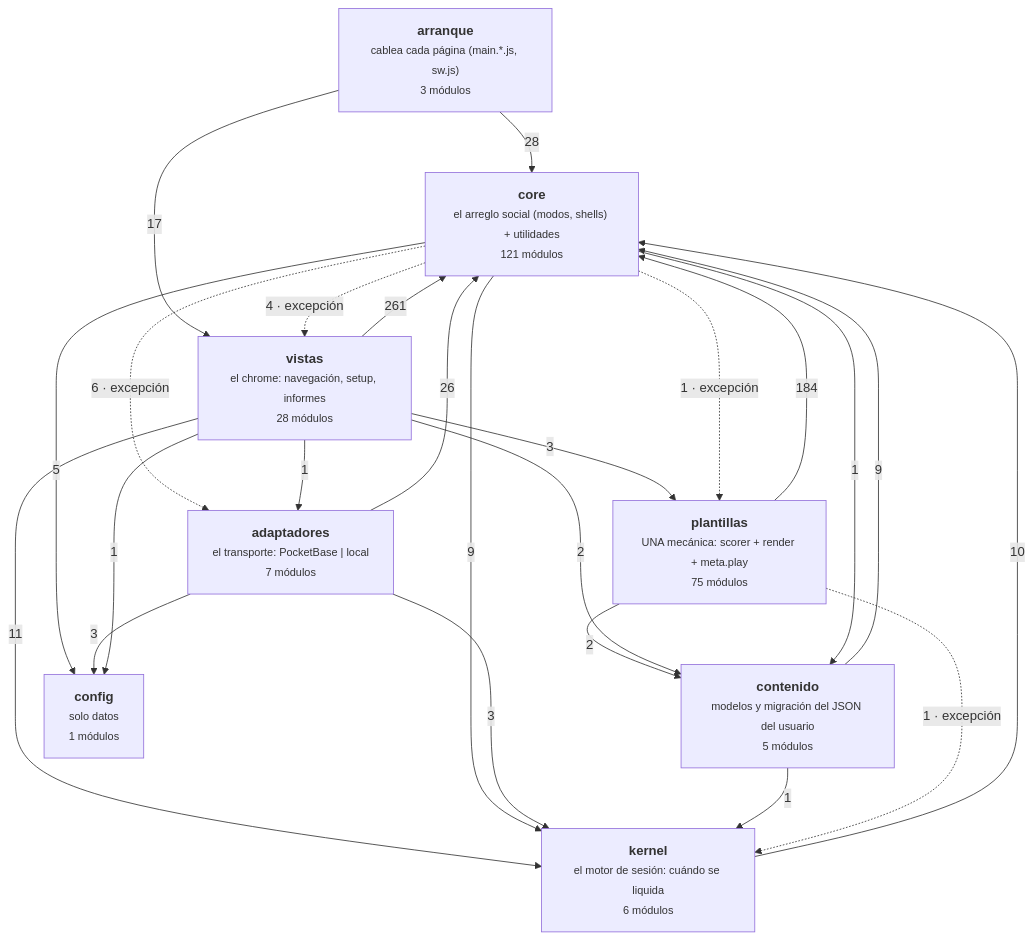
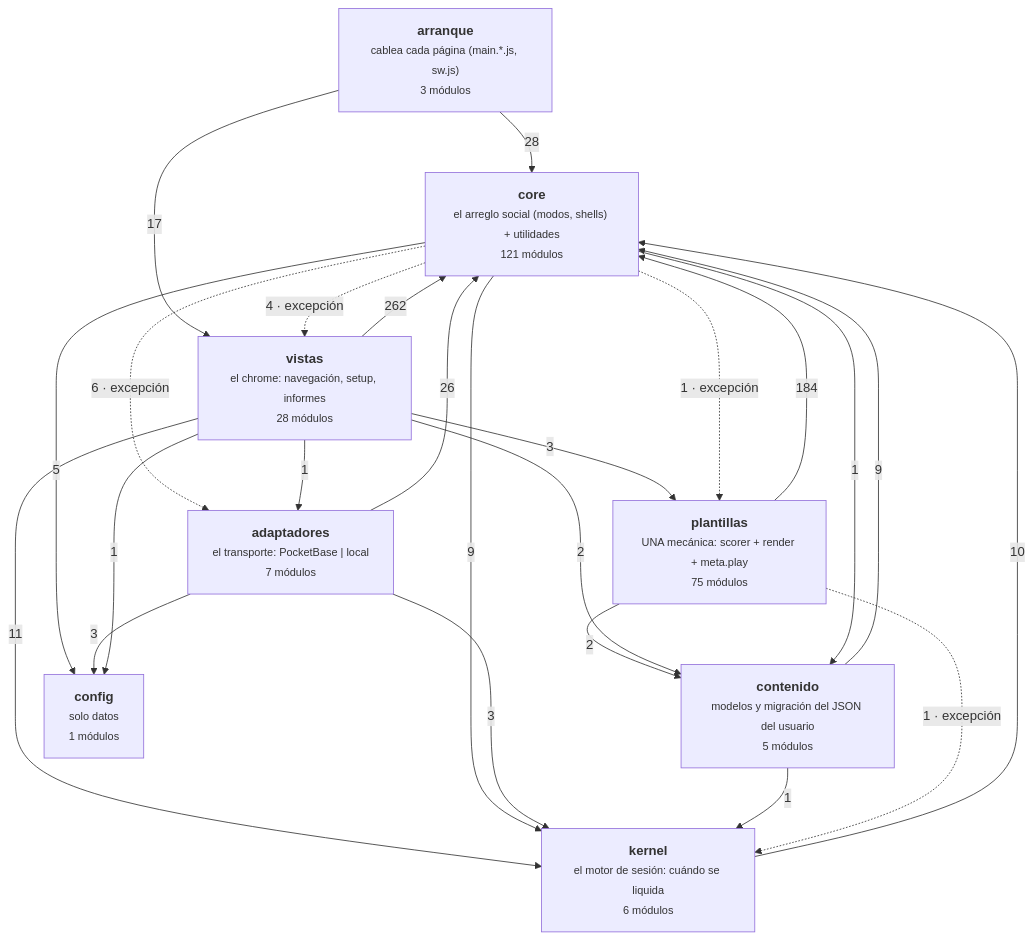
Before and after one commit to duecaz/ac: the diagram in docs/arquitectura-modulos.md, drawn with Mermaid. The commit also changed other lines of this file and 4 other files, not shown here.

````diff
--- a/docs/arquitectura-modulos.md
+++ b/docs/arquitectura-modulos.md
@@ -54,34 +54,34 @@
 ```mermaid
 graph TD
   A["<b>arranque</b><br/><small>cablea cada página (main.*.js, sw.js)</small><br/><small>3 módulos</small>"]
   V["<b>vistas</b><br/><small>el chrome: navegación, setup, informes</small><br/><small>28 módulos</small>"]
   AD["<b>adaptadores</b><br/><small>el transporte: PocketBase | local</small><br/><small>7 módulos</small>"]
   C["<b>core</b><br/><small>el arreglo social (modos, shells) + utilidades</small><br/><small>121 módulos</small>"]
   K["<b>kernel</b><br/><small>el motor de sesión: cuándo se liquida</small><br/><small>6 módulos</small>"]
   T["<b>plantillas</b><br/><small>UNA mecánica: scorer + render + meta.play</small><br/><small>75 módulos</small>"]
   CO["<b>contenido</b><br/><small>modelos y migración del JSON del usuario</small><br/><small>5 módulos</small>"]
   CF["<b>config</b><br/><small>solo datos</small><br/><small>1 módulos</small>"]
-  V -->|261| C
+  V -->|262| C
   T -->|184| C
   A -->|28| C
   AD -->|26| C
   A -->|17| V
   V -->|11| K
   K -->|10| C
   C -->|9| K
   CO -->|9| C
   C -.->|6 · excepción| AD
   C -->|5| CF
   C -.->|4 · excepción| V
   AD -->|3| CF
   AD -->|3| K
   V -->|3| T
   T -->|2| CO
   V -->|2| CO
   C -.->|1 · excepción| T
   C -->|1| CO
   CO -->|1| K
   T -.->|1 · excepción| K
   V -->|1| AD
   V -->|1| CF
 ```
````
